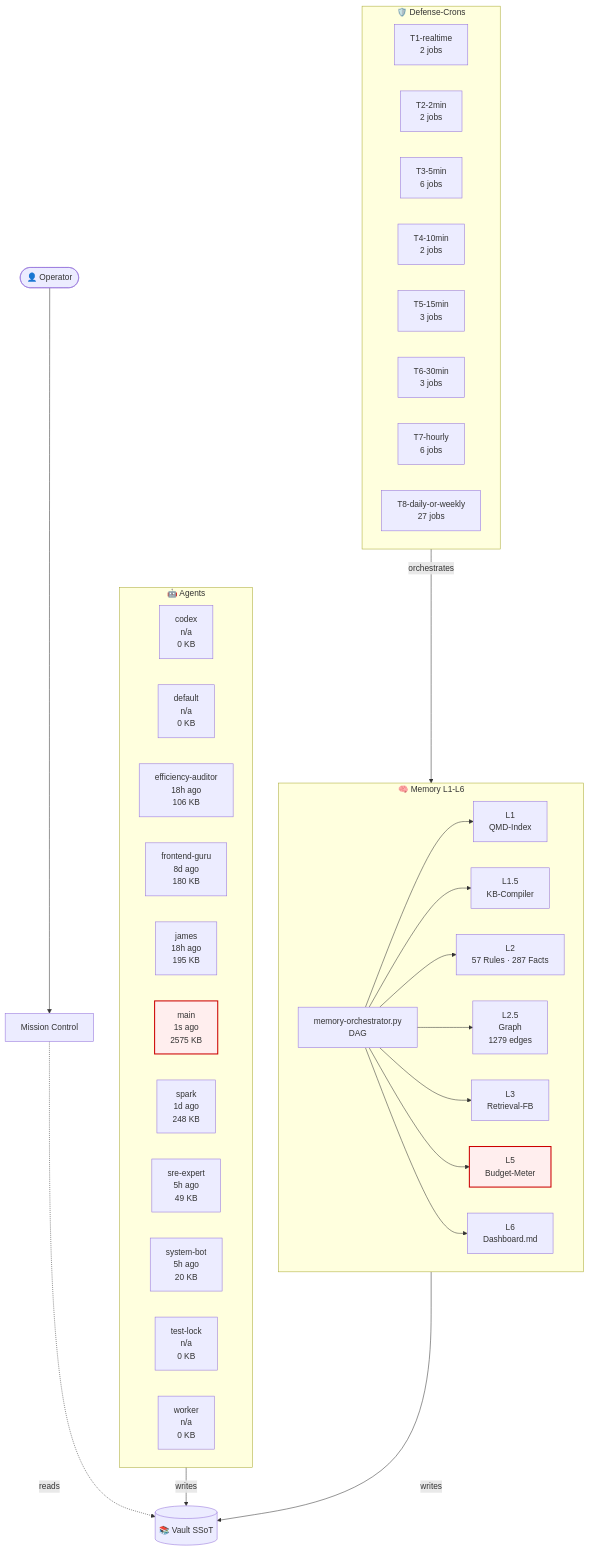
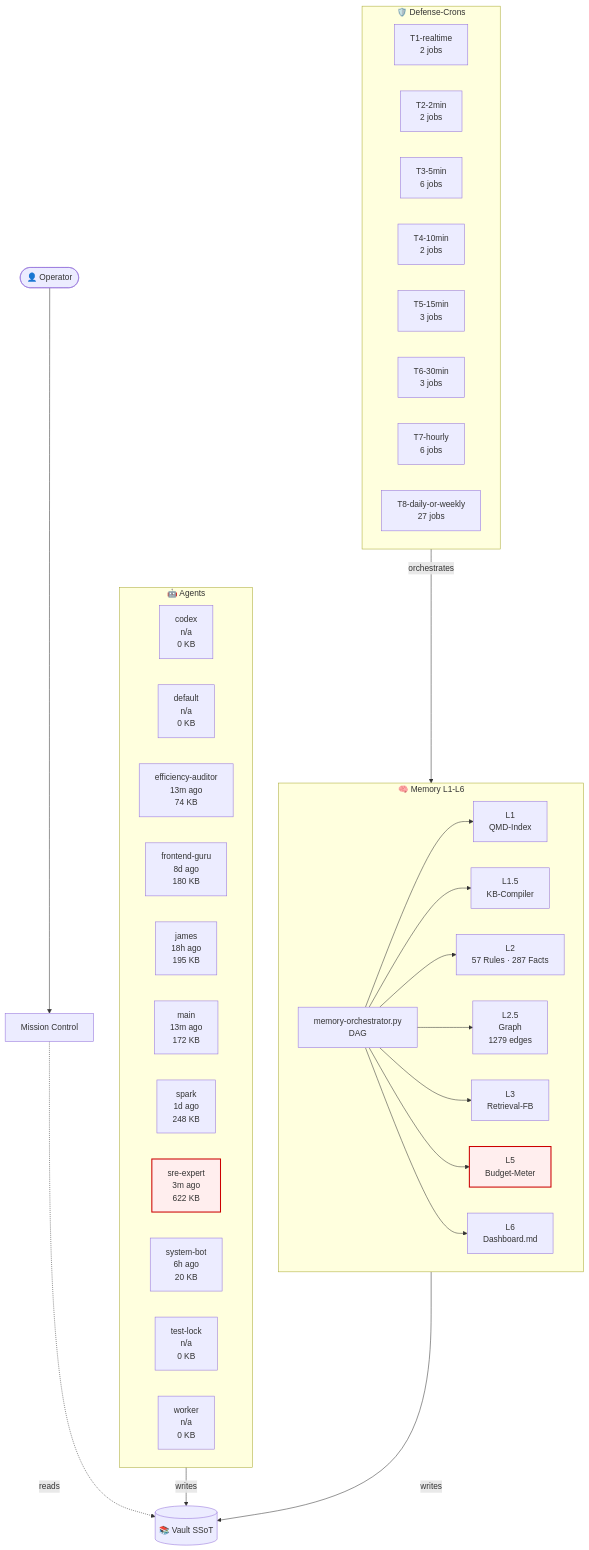
Before and after one commit to lenardhuebner88-rgb/openclaw-memory: the diagram in 03-Agents/architecture-live.md, drawn with Mermaid. The commit also changed other lines of this file and 13 other files, not shown here.

````diff
--- a/03-Agents/architecture-live.md
+++ b/03-Agents/architecture-live.md
@@ -18,54 +18,54 @@
 ```mermaid
 flowchart TB
     classDef critical fill:#fee,stroke:#c00,stroke-width:2px;
     subgraph AGT["🤖 Agents"]
         agent_codex["codex<br/>n/a<br/>0 KB"]
         agent_default["default<br/>n/a<br/>0 KB"]
-        agent_efficiency_auditor["efficiency-auditor<br/>18h ago<br/>106 KB"]
+        agent_efficiency_auditor["efficiency-auditor<br/>13m ago<br/>74 KB"]
         agent_frontend_guru["frontend-guru<br/>8d ago<br/>180 KB"]
         agent_james["james<br/>18h ago<br/>195 KB"]
-        agent_main["main<br/>1s ago<br/>2575 KB"]
+        agent_main["main<br/>13m ago<br/>172 KB"]
         agent_spark["spark<br/>1d ago<br/>248 KB"]
-        agent_sre_expert["sre-expert<br/>5h ago<br/>49 KB"]
-        agent_system_bot["system-bot<br/>5h ago<br/>20 KB"]
+        agent_sre_expert["sre-expert<br/>3m ago<br/>622 KB"]
+        agent_system_bot["system-bot<br/>6h ago<br/>20 KB"]
         agent_test_lock["test-lock<br/>n/a<br/>0 KB"]
         agent_worker["worker<br/>n/a<br/>0 KB"]
     end
     subgraph MEM["🧠 Memory L1-L6"]
         L1["L1<br/>QMD-Index"]
         L15["L1.5<br/>KB-Compiler"]
         L2["L2<br/>57 Rules · 287 Facts"]
         L25["L2.5<br/>Graph<br/>1279 edges"]
         L3["L3<br/>Retrieval-FB"]
         L5["L5<br/>Budget-Meter"]
         L6["L6<br/>Dashboard.md"]
         ORCH["memory-orchestrator.py<br/>DAG"]
     end
     subgraph CRN["🛡️ Defense-Crons"]
         tier_T1_realtime["T1-realtime<br/>2 jobs"]
         tier_T2_2min["T2-2min<br/>2 jobs"]
         tier_T3_5min["T3-5min<br/>6 jobs"]
         tier_T4_10min["T4-10min<br/>2 jobs"]
         tier_T5_15min["T5-15min<br/>3 jobs"]
         tier_T6_30min["T6-30min<br/>3 jobs"]
         tier_T7_hourly["T7-hourly<br/>6 jobs"]
         tier_T8_daily_or_weekly["T8-daily-or-weekly<br/>27 jobs"]
     end
     VAULT[("📚 Vault SSoT")]
     OP([👤 Operator])
     MC["Mission Control"]
     OP --> MC
     MC -.reads.-> VAULT
     AGT -->|writes| VAULT
     MEM -->|writes| VAULT
     ORCH --> L1
     ORCH --> L15
     ORCH --> L2
     ORCH --> L25
     ORCH --> L3
     ORCH --> L5
     ORCH --> L6
     CRN -->|orchestrates| MEM
     class L5 critical
-    class agent_main critical
+    class agent_sre_expert critical
 ```
````
